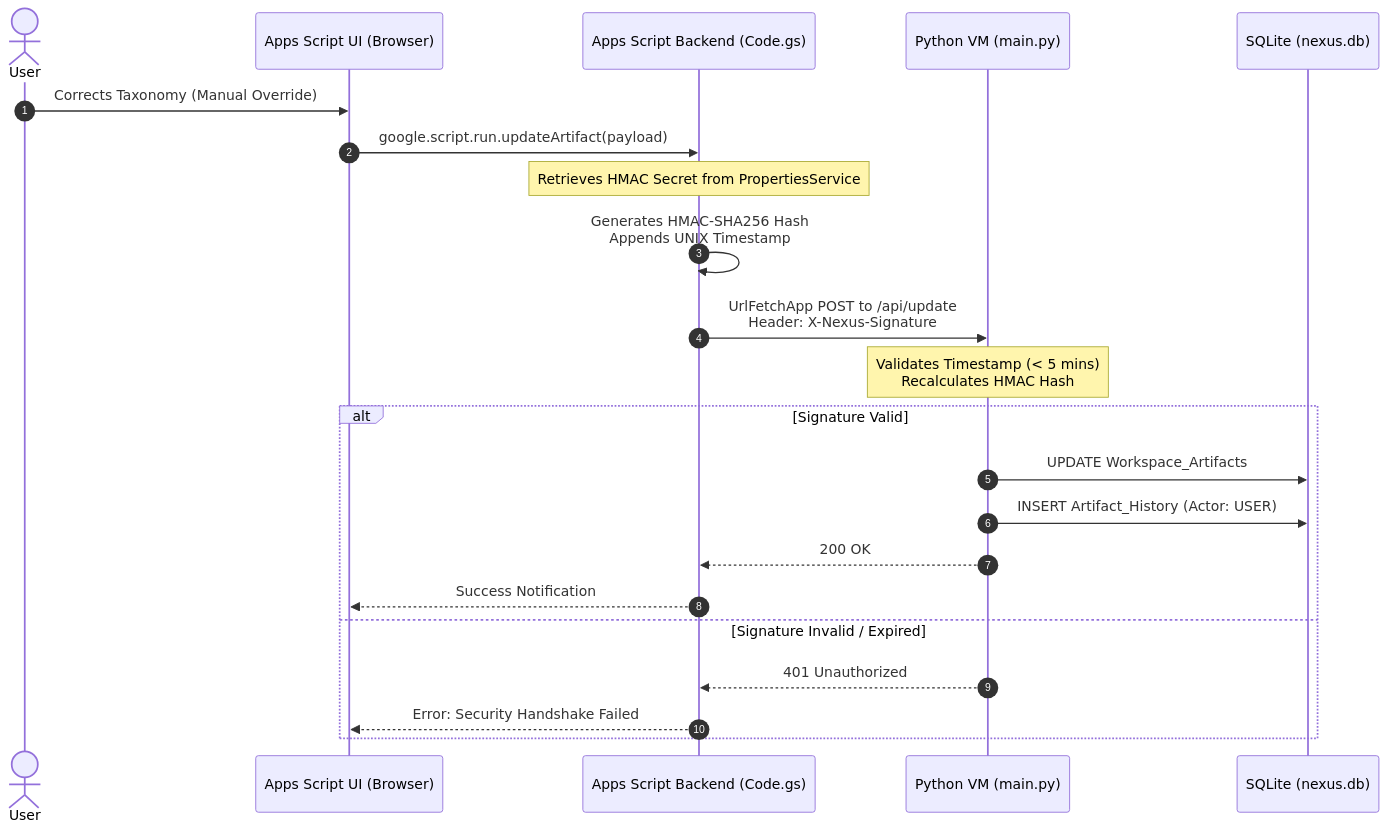
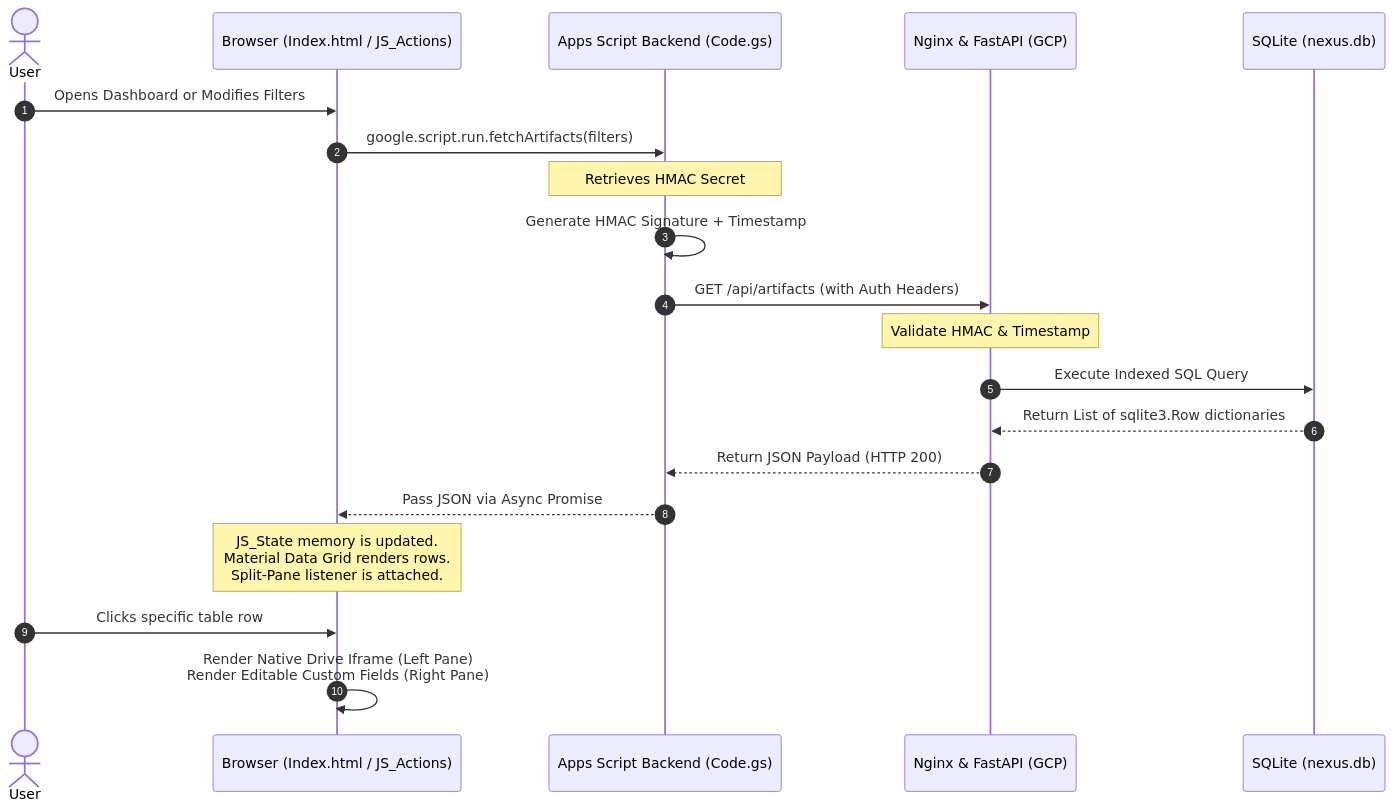
The second of 2 diagrams in documentation/HOW_IT_WORKS.md (FrankXLT/Nexus-Hub-for-Google), drawn with Mermaid before and after one commit. The commit also changed other lines of this file and 6 other files, not shown here.

````diff
--- a/documentation/HOW_IT_WORKS.md
+++ b/documentation/HOW_IT_WORKS.md
@@ -101,25 +126,25 @@
 ```mermaid
 sequenceDiagram
     autonumber
     actor User
-    participant UI as Apps Script UI (Browser)
-    participant GS as Apps Script Backend (Code.gs)
-    participant VM as Python VM (main.py)
+    participant UI as Browser (Index.html / JS_Actions)
+    participant GAS as Apps Script Backend (Code.gs)
+    participant VM as Nginx & FastAPI (GCP)
     participant DB as SQLite (nexus.db)
 
-    User->>UI: Corrects Taxonomy (Manual Override)
-    UI->>GS: google.script.run.updateArtifact(payload)
-    Note over GS: Retrieves HMAC Secret from PropertiesService
-    GS->>GS: Generates HMAC-SHA256 Hash<br/>Appends UNIX Timestamp
-    GS->>VM: UrlFetchApp POST to /api/update<br/>Header: X-Nexus-Signature
-    Note over VM: Validates Timestamp (< 5 mins)<br/>Recalculates HMAC Hash
-    alt Signature Valid
-        VM->>DB: UPDATE Workspace_Artifacts
-        VM->>DB: INSERT Artifact_History (Actor: USER)
-        VM-->>GS: 200 OK
-        GS-->>UI: Success Notification
-    else Signature Invalid / Expired
-        VM-->>GS: 401 Unauthorized
-        GS-->>UI: Error: Security Handshake Failed
-    end
+    User->>UI: Opens Dashboard or Modifies Filters
+    UI->>GAS: google.script.run.fetchArtifacts(filters)
+    Note over GAS: Retrieves HMAC Secret
+    GAS->>GAS: Generate HMAC Signature + Timestamp
+    GAS->>VM: GET /api/artifacts (with Auth Headers)
+    
+    Note over VM: Validate HMAC & Timestamp
+    VM->>DB: Execute Indexed SQL Query
+    DB-->>VM: Return List of sqlite3.Row dictionaries
+    VM-->>GAS: Return JSON Payload (HTTP 200)
+    GAS-->>UI: Pass JSON via Async Promise
+    
+    Note over UI: JS_State memory is updated.<br/>Material Data Grid renders rows.<br/>Split-Pane listener is attached.
+    User->>UI: Clicks specific table row
+    UI->>UI: Render Native Drive Iframe (Left Pane)<br/>Render Editable Custom Fields (Right Pane)
 ```
````
